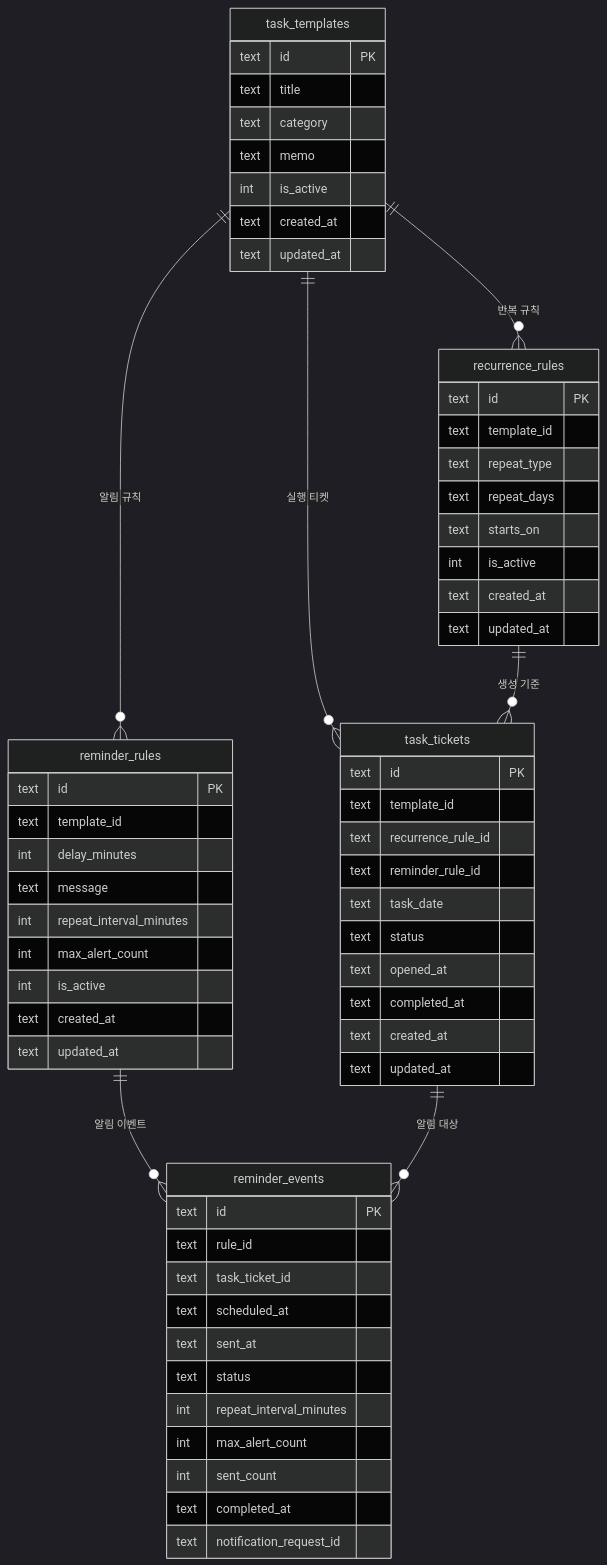
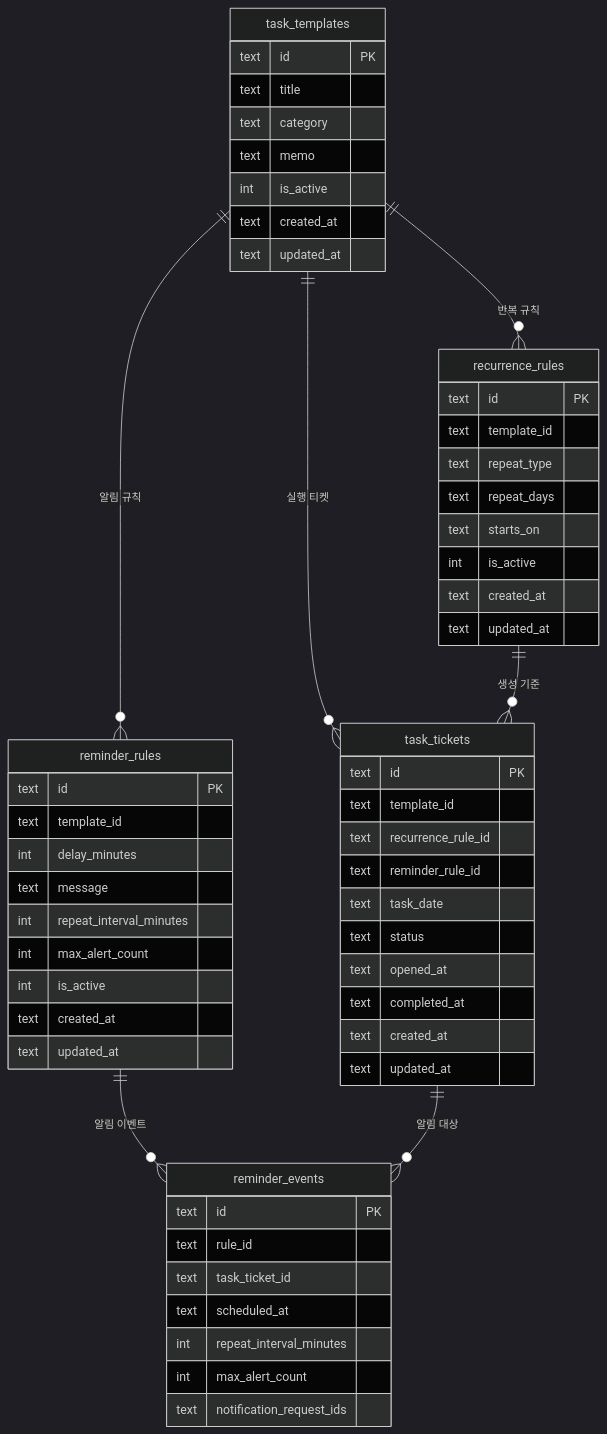
The diagram in docs/데이터구조-개편안.md (kimst5418/daily-routine), drawn with Mermaid (dark theme) before and after one commit. The commit also changed other lines of this file and 8 other files, not shown here.

````diff
--- a/docs/데이터구조-개편안.md
+++ b/docs/데이터구조-개편안.md
@@ -22,69 +22,65 @@
 ```mermaid
 erDiagram
     task_templates {
         text id PK
         text title
         text category
         text memo
         int is_active
         text created_at
         text updated_at
     }
 
     recurrence_rules {
         text id PK
         text template_id
         text repeat_type
         text repeat_days
         text starts_on
         int is_active
         text created_at
         text updated_at
     }
 
     task_tickets {
         text id PK
         text template_id
         text recurrence_rule_id
         text reminder_rule_id
         text task_date
         text status
         text opened_at
         text completed_at
         text created_at
         text updated_at
     }
 
     reminder_rules {
         text id PK
         text template_id
         int delay_minutes
         text message
         int repeat_interval_minutes
         int max_alert_count
         int is_active
         text created_at
         text updated_at
     }
 
     reminder_events {
         text id PK
         text rule_id
         text task_ticket_id
         text scheduled_at
-        text sent_at
-        text status
         int repeat_interval_minutes
         int max_alert_count
-        int sent_count
-        text completed_at
-        text notification_request_id
+        text notification_request_ids
     }
 
     task_templates ||--o{ recurrence_rules : "반복 규칙"
     task_templates ||--o{ task_tickets : "실행 티켓"
     recurrence_rules ||--o{ task_tickets : "생성 기준"
     task_templates ||--o{ reminder_rules : "알림 규칙"
     reminder_rules ||--o{ reminder_events : "알림 이벤트"
     task_tickets ||--o{ reminder_events : "알림 대상"
 ```
````
